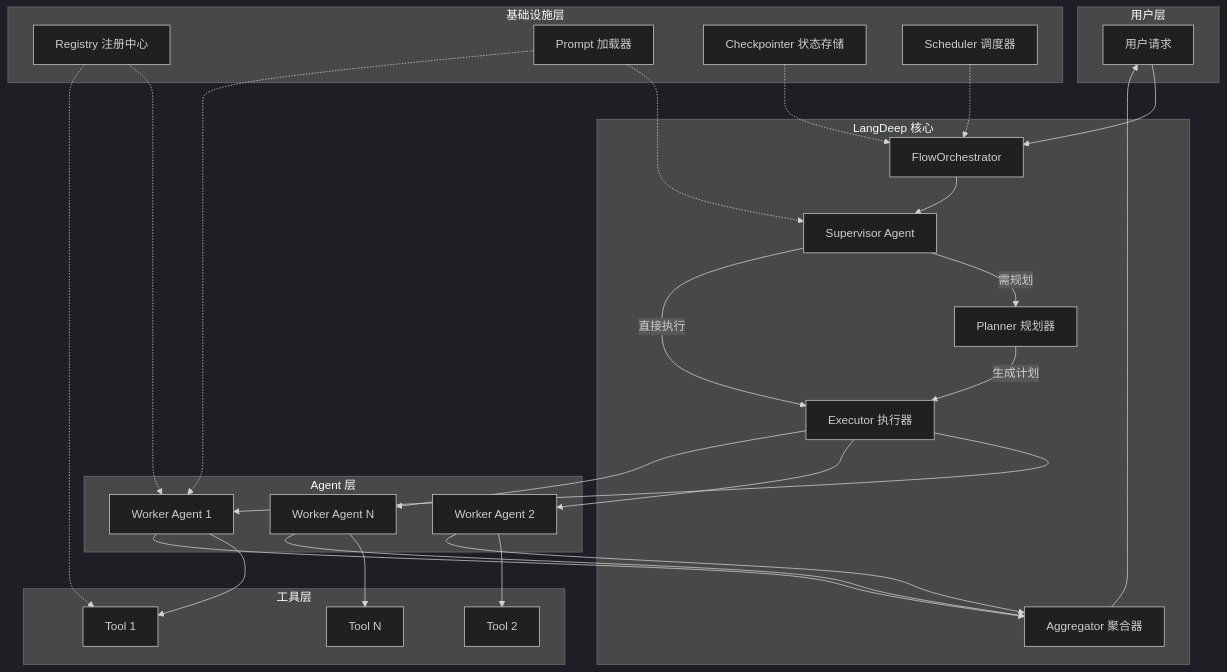
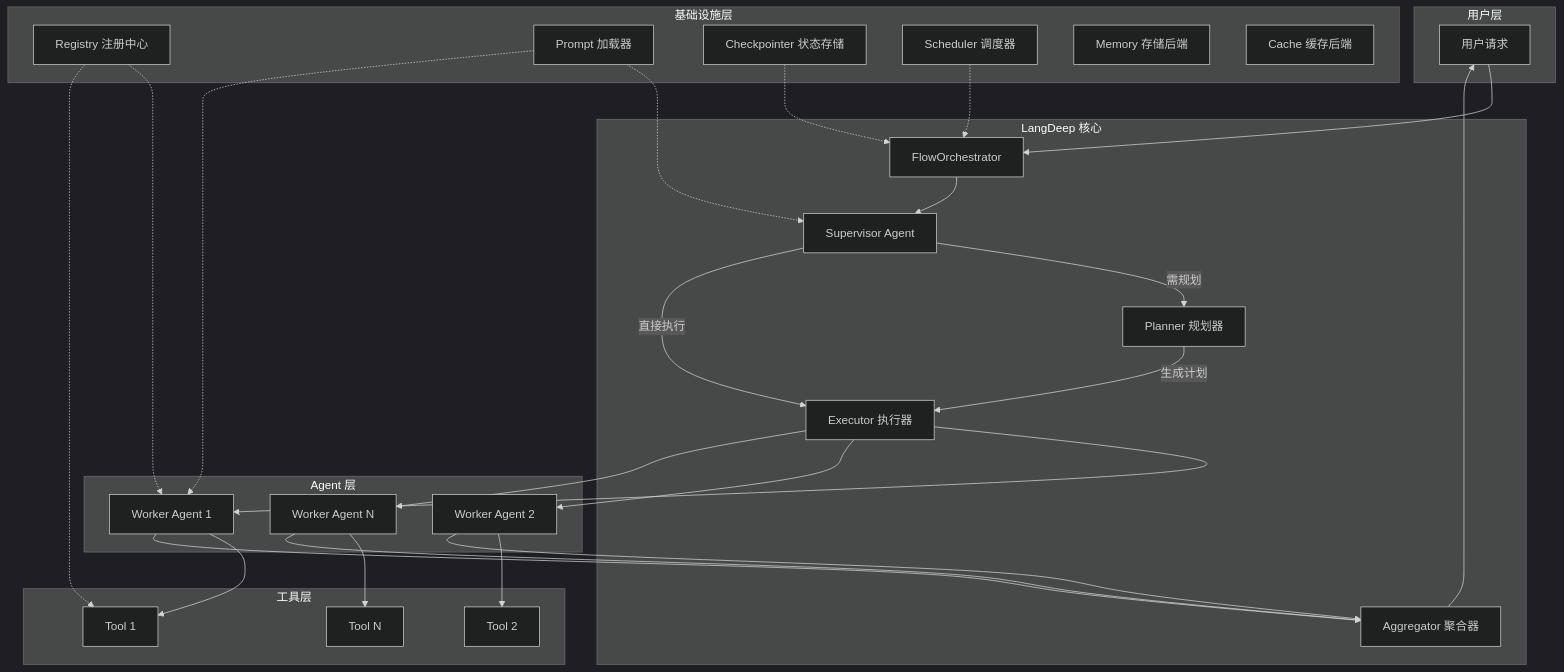
The diagram in README.md (ZChunzi/LangDeep), drawn with Mermaid (dark theme) before and after one commit. The commit also changed other lines of this file and 1 other file, not shown here.

````diff
--- a/README.md
+++ b/README.md
@@ -198,54 +200,56 @@
 ```mermaid
 graph TB
     subgraph UserLayer["用户层"]
         User[用户请求]
     end
 
     subgraph LangDeepCore["LangDeep 核心"]
         Orchestrator[FlowOrchestrator]
         Supervisor[Supervisor Agent]
         Planner[Planner 规划器]
         Executor[Executor 执行器]
         Aggregator[Aggregator 聚合器]
     end
 
     subgraph AgentLayer["Agent 层"]
         Agent1[Worker Agent 1]
         Agent2[Worker Agent 2]
         AgentN[Worker Agent N]
     end
 
     subgraph ToolLayer["工具层"]
         Tool1[Tool 1]
         Tool2[Tool 2]
         ToolN[Tool N]
     end
 
     subgraph InfraLayer["基础设施层"]
         Registry[Registry 注册中心]
         PromptLoader[Prompt 加载器]
         Checkpointer[Checkpointer 状态存储]
         Scheduler[Scheduler 调度器]
+        MemoryBackend[Memory 存储后端]
+        CacheBackend[Cache 缓存后端]
     end
 
     User --> Orchestrator
     Orchestrator --> Supervisor
     Supervisor -->|需规划| Planner
     Supervisor -->|直接执行| Executor
     Planner -->|生成计划| Executor
     Executor --> Agent1
     Executor --> Agent2
     Executor --> AgentN
     Agent1 --> Tool1
     Agent2 --> Tool2
     AgentN --> ToolN
     Agent1 & Agent2 & AgentN --> Aggregator
     Aggregator --> User
 
     Registry -.-> Agent1
     Registry -.-> Tool1
     PromptLoader -.-> Supervisor
     PromptLoader -.-> Agent1
     Checkpointer -.-> Orchestrator
     Scheduler -.-> Orchestrator
 ```
````
